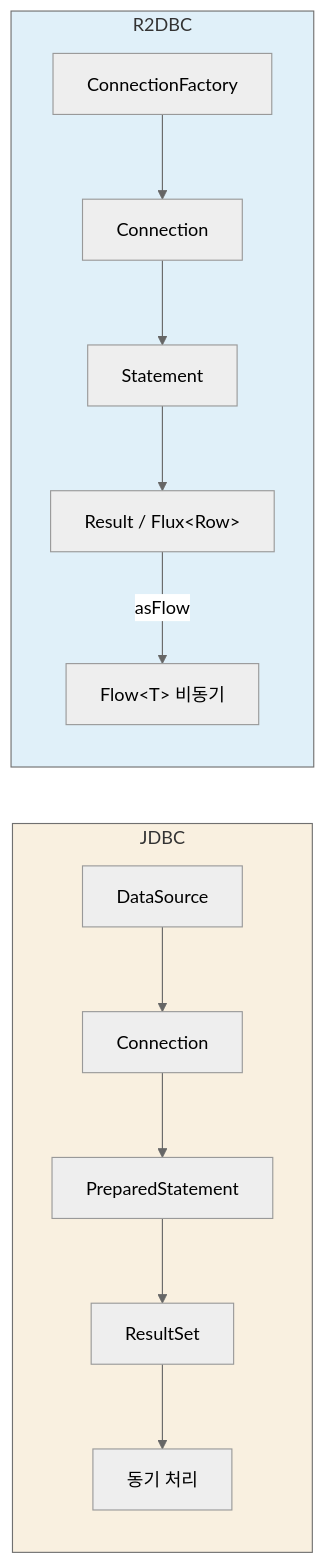
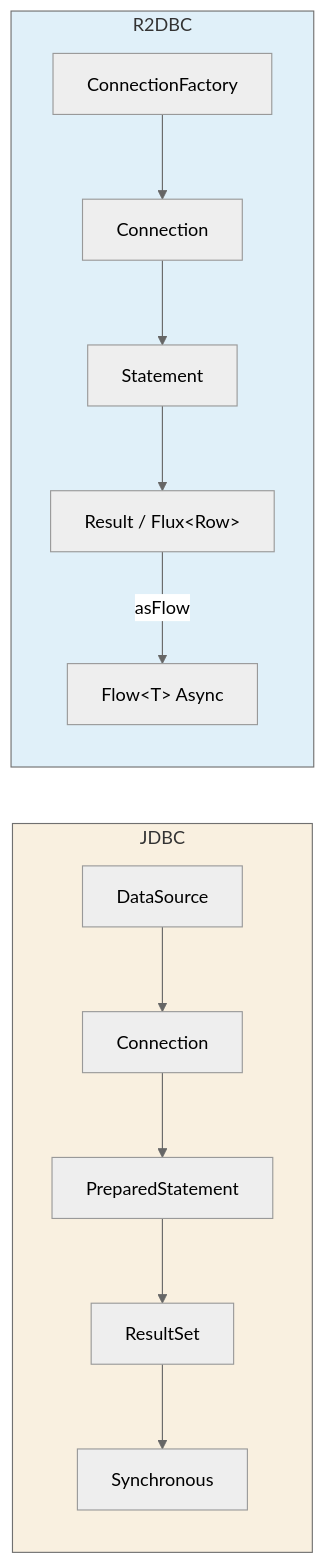
Before and after one commit to bluetape4k/bluetape4k-projects: the fourth of 4 diagrams in data/r2dbc/README.md, drawn with Mermaid (neutral theme). The commit also changed other lines of this file and 265 other files, not shown here.

````diff
--- a/data/r2dbc/README.md
+++ b/data/r2dbc/README.md
@@ -372,18 +373,18 @@
 ```mermaid
 flowchart LR
     subgraph JDBC
         A1[DataSource] --> A2[Connection]
         A2 --> A3[PreparedStatement]
         A3 --> A4[ResultSet]
-        A4 --> A5[동기 처리]
+        A4 --> A5[Synchronous]
     end
     subgraph R2DBC
         B1[ConnectionFactory] --> B2[Connection]
         B2 --> B3[Statement]
         B3 --> B4["Result / Flux&lt;Row&gt;"]
-        B4 -->|asFlow| B5["Flow&lt;T&gt; 비동기"]
+        B4 -->|asFlow| B5["Flow&lt;T&gt; Async"]
     end
 
     style JDBC fill:#f9f0e0
     style R2DBC fill:#e0f0f9
 ```
````
